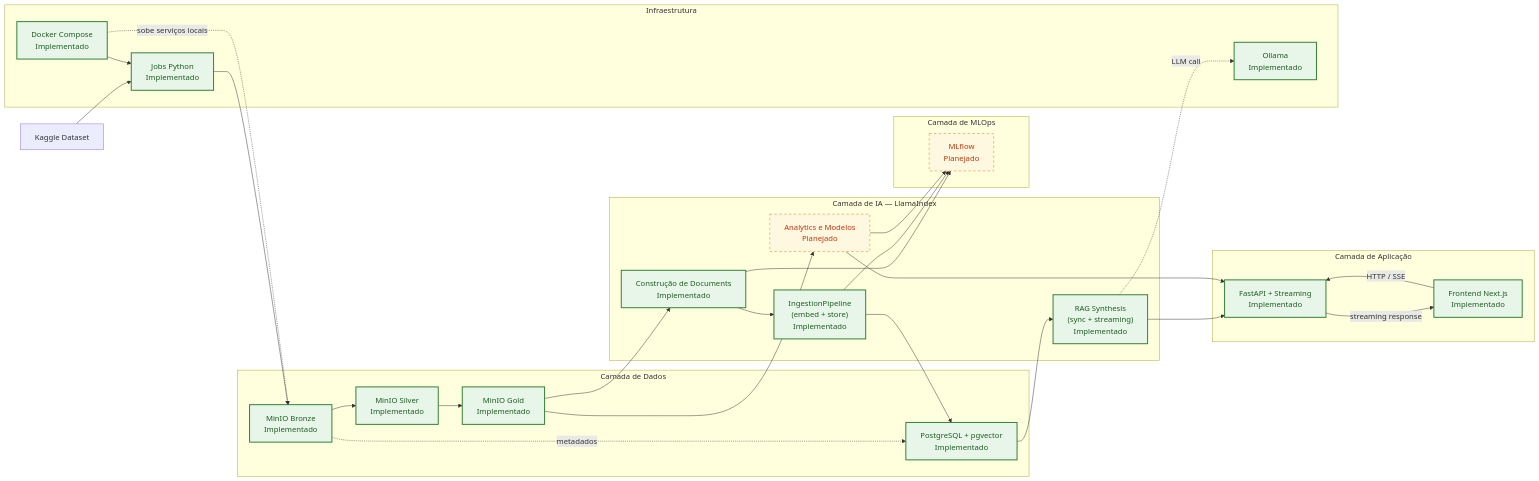
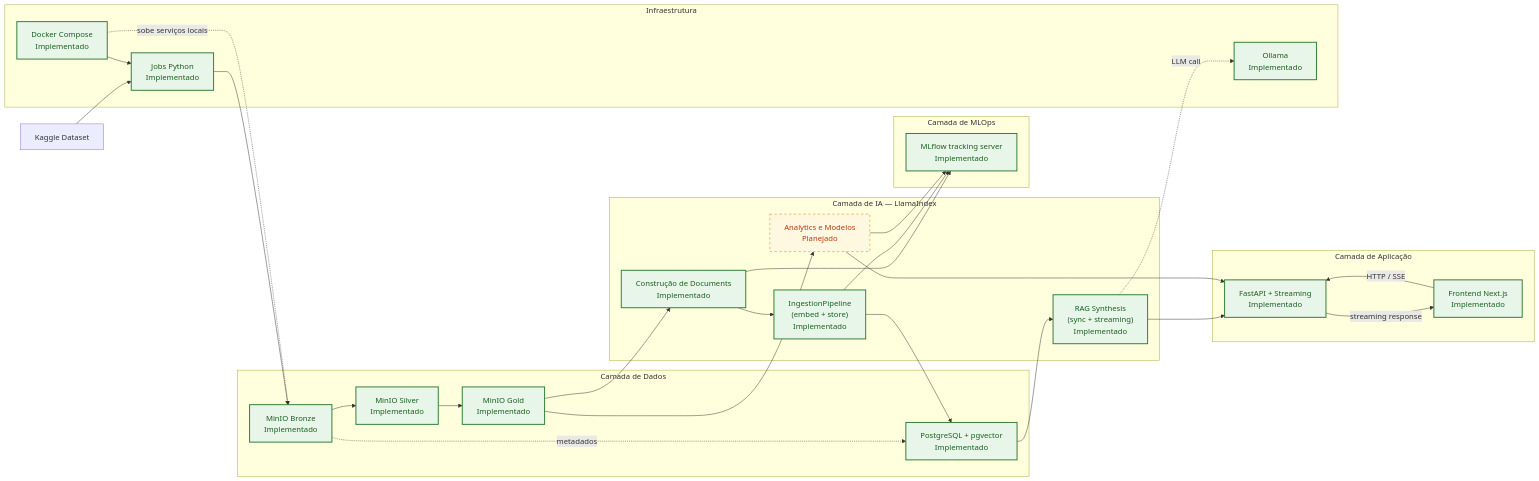
The first of 4 diagrams in README.md (pedroandrade03/rag-intelligence), drawn with Mermaid before and after one commit. The commit also changed other lines of this file and 4 other files, not shown here.

First line of the commit message:
feat(mlops): add MLflow server on Docker with Postgres backend

````diff
--- a/README.md
+++ b/README.md
@@ -47,53 +47,53 @@
 ```mermaid
 flowchart LR
     kaggle["Kaggle Dataset"]
 
     subgraph dados[Camada de Dados]
         bronze["MinIO Bronze<br/>Implementado"]
         silver["MinIO Silver<br/>Implementado"]
         gold["MinIO Gold<br/>Implementado"]
         pg["PostgreSQL + pgvector<br/>Implementado"]
     end
 
     subgraph ia[Camada de IA — LlamaIndex]
         fe["Construção de Documents<br/>Implementado"]
         ingest["IngestionPipeline<br/>(embed + store)<br/>Implementado"]
         rag["RAG Synthesis<br/>(sync + streaming)<br/>Implementado"]
         ml["Analytics e Modelos<br/>Planejado"]
     end
 
     subgraph app[Camada de Aplicação]
         api["FastAPI + Streaming<br/>Implementado"]
         frontend["Frontend Next.js<br/>Implementado"]
     end
 
     subgraph mlops[Camada de MLOps]
-        mlflow["MLflow<br/>Planejado"]
+        mlflow["MLflow tracking server<br/>Implementado"]
     end
 
     subgraph infra[Infraestrutura]
         compose["Docker Compose<br/>Implementado"]
         importer["Jobs Python<br/>Implementado"]
         ollama["Ollama<br/>Implementado"]
     end
 
     kaggle --> importer --> bronze --> silver --> gold
     bronze -. metadados .-> pg
     gold --> fe --> ingest --> pg
     pg --> rag --> api
     rag -.->|"LLM call"| ollama
     gold --> ml --> api
     frontend -->|"HTTP / SSE"| api
     api -->|"streaming response"| frontend
     fe --> mlflow
     ingest --> mlflow
     ml --> mlflow
     compose --> importer
     compose -. sobe serviços locais .-> bronze
 
     classDef implemented fill:#e8f5e9,stroke:#2e7d32,color:#1b5e20,stroke-width:2px;
     classDef planned fill:#fff8e1,stroke:#ef6c00,color:#bf360c,stroke-dasharray: 5 5;
     classDef partial fill:#fff3e0,stroke:#ef6c00,color:#bf360c,stroke-width:2px;
-    class bronze,compose,importer,silver,gold,pg,fe,ingest,ollama,rag,api,frontend implemented;
-    class ml,mlflow planned;
+    class bronze,compose,importer,silver,gold,pg,fe,ingest,ollama,rag,api,frontend,mlflow implemented;
+    class ml planned;
 ```
````
